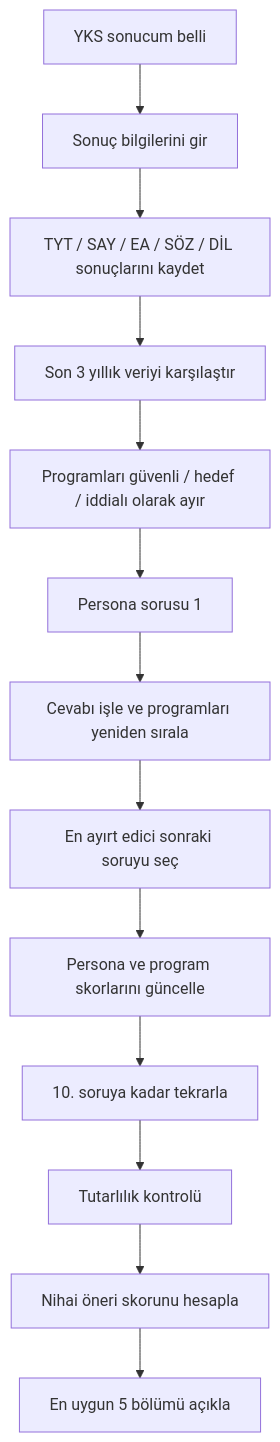
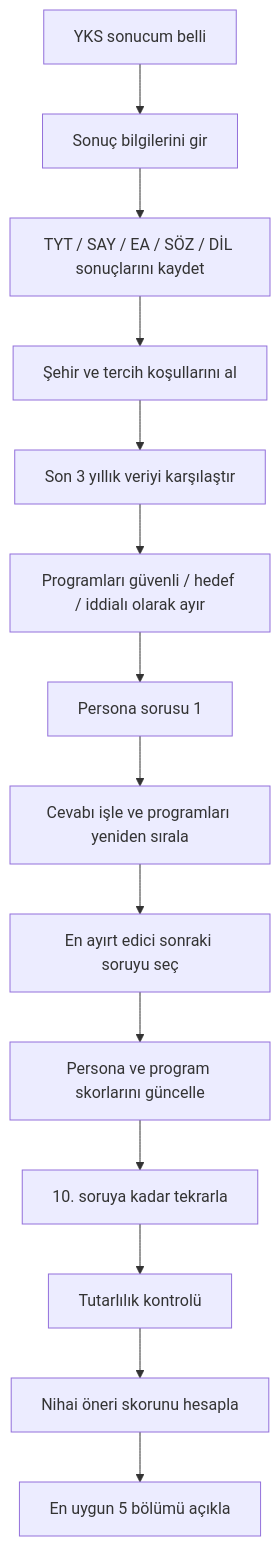
Before and after one commit to BerkayBilgenn/OverFit-Hackathon: the second of 5 diagrams in docs/yks-persona-questionnaire-pipeline.md, drawn with Mermaid. The commit also changed other lines of this file, not shown here.

Commit message:
Şehir ve tercih koşullarını pipeline'a ekle

````diff
--- a/docs/yks-persona-questionnaire-pipeline.md
+++ b/docs/yks-persona-questionnaire-pipeline.md
@@ -91,15 +116,16 @@
 ```mermaid
 flowchart TD
     A[YKS sonucum belli] --> B[Sonuç bilgilerini gir]
     B --> C[TYT / SAY / EA / SÖZ / DİL sonuçlarını kaydet]
-    C --> D[Son 3 yıllık veriyi karşılaştır]
+    C --> P[Şehir ve tercih koşullarını al]
+    P --> D[Son 3 yıllık veriyi karşılaştır]
     D --> E[Programları güvenli / hedef / iddialı olarak ayır]
     E --> Q1[Persona sorusu 1]
     Q1 --> U1[Cevabı işle ve programları yeniden sırala]
     U1 --> Q2[En ayırt edici sonraki soruyu seç]
     Q2 --> U2[Persona ve program skorlarını güncelle]
     U2 --> R[10. soruya kadar tekrarla]
     R --> V[Tutarlılık kontrolü]
     V --> S[Nihai öneri skorunu hesapla]
     S --> O[En uygun 5 bölümü açıkla]
 ```
````
